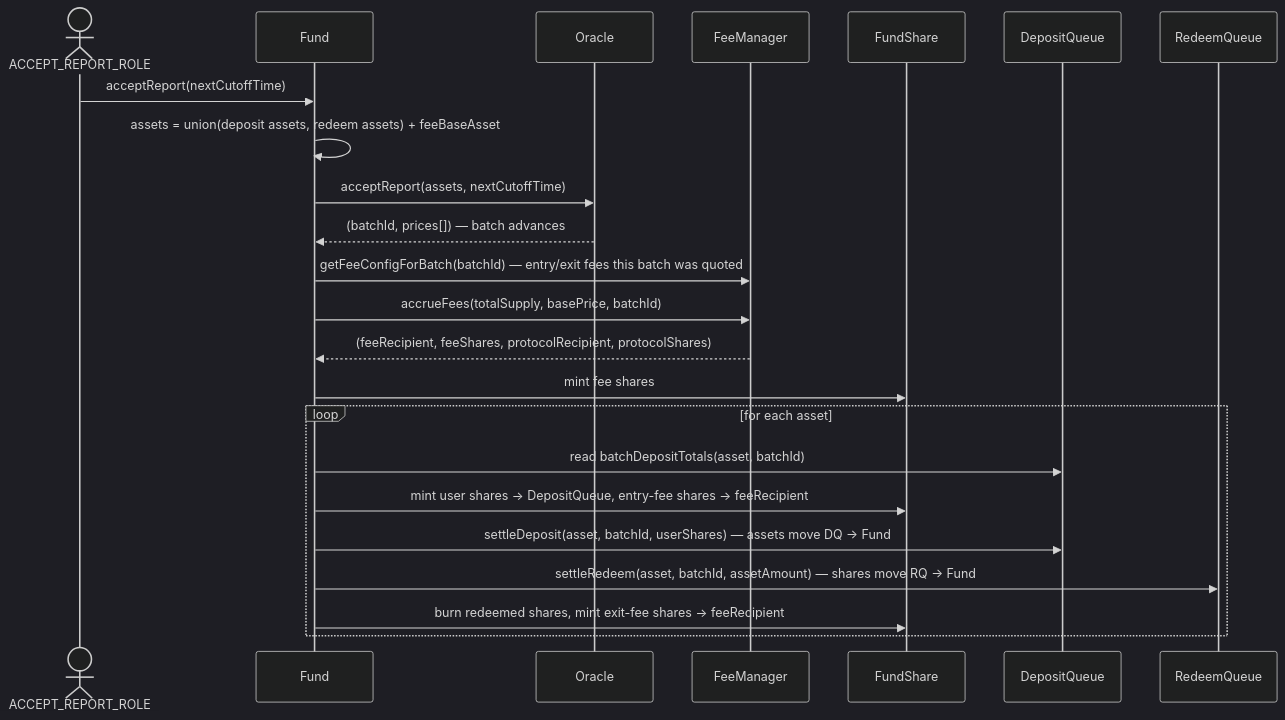
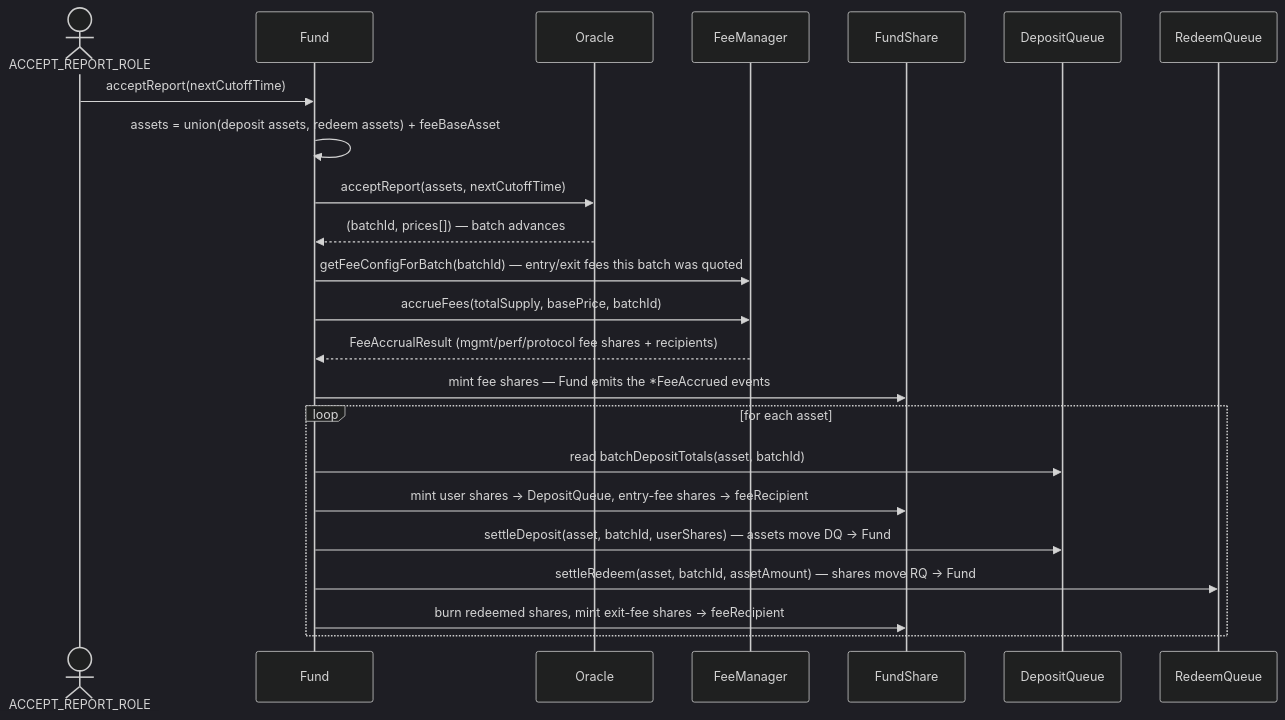
The diagram in docs/Fund.md (zentryHQ/redpotion-contracts), drawn with Mermaid (dark theme) before and after one commit. The commit also changed other lines of this file and 1 other file, not shown here.

Commit message:
update document

````diff
--- a/docs/Fund.md
+++ b/docs/Fund.md
@@ -32,26 +32,26 @@
 ```mermaid
 sequenceDiagram
     actor Op as ACCEPT_REPORT_ROLE
     participant F as Fund
     participant O as Oracle
     participant FM as FeeManager
     participant S as FundShare
     participant DQ as DepositQueue
     participant RQ as RedeemQueue
 
     Op->>F: acceptReport(nextCutoffTime)
     F->>F: assets = union(deposit assets, redeem assets) + feeBaseAsset
     F->>O: acceptReport(assets, nextCutoffTime)
     O-->>F: (batchId, prices[]) — batch advances
     F->>FM: getFeeConfigForBatch(batchId) — entry/exit fees this batch was quoted
     F->>FM: accrueFees(totalSupply, basePrice, batchId)
-    FM-->>F: (feeRecipient, feeShares, protocolRecipient, protocolShares)
-    F->>S: mint fee shares
+    FM-->>F: FeeAccrualResult (mgmt/perf/protocol fee shares + recipients)
+    F->>S: mint fee shares — Fund emits the *FeeAccrued events
     loop for each asset
         F->>DQ: read batchDepositTotals(asset, batchId)
         F->>S: mint user shares → DepositQueue, entry-fee shares → feeRecipient
         F->>DQ: settleDeposit(asset, batchId, userShares) — assets move DQ → Fund
         F->>RQ: settleRedeem(asset, batchId, assetAmount) — shares move RQ → Fund
         F->>S: burn redeemed shares, mint exit-fee shares → feeRecipient
     end
 ```
````
